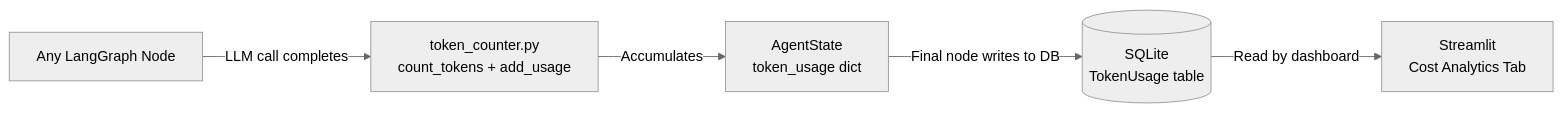
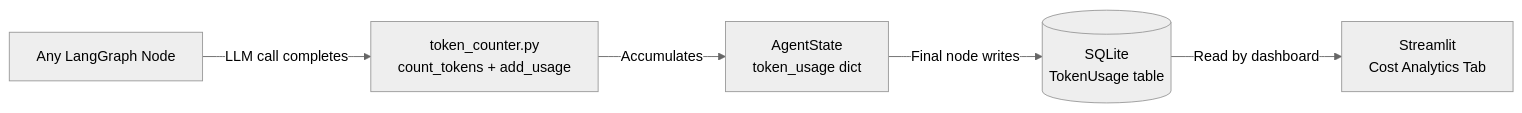
The ninth of 9 diagrams in workmate/ARCHITECTURE.md (satwinder-kaur11/ai_assistant_workspace), drawn with Mermaid (neutral theme) before and after one commit. The commit also changed other lines of this file and 1 other file, not shown here.

First line of the commit message:
docs: rebuild architecture to v3 with retry loop and 10 diagrams

````diff
--- a/workmate/ARCHITECTURE.md
+++ b/workmate/ARCHITECTURE.md
@@ -218,7 +241,7 @@
 ```mermaid
 graph LR
     Node[Any LangGraph Node] -->|LLM call completes| Counter[token_counter.py\ncount_tokens + add_usage]
     Counter -->|Accumulates| State[AgentState\ntoken_usage dict]
-    State -->|Final node writes to DB| SQLite[(SQLite\nTokenUsage table)]
+    State -->|Final node writes| SQLite[(SQLite\nTokenUsage table)]
     SQLite -->|Read by dashboard| UI[Streamlit\nCost Analytics Tab]
 ```
````
